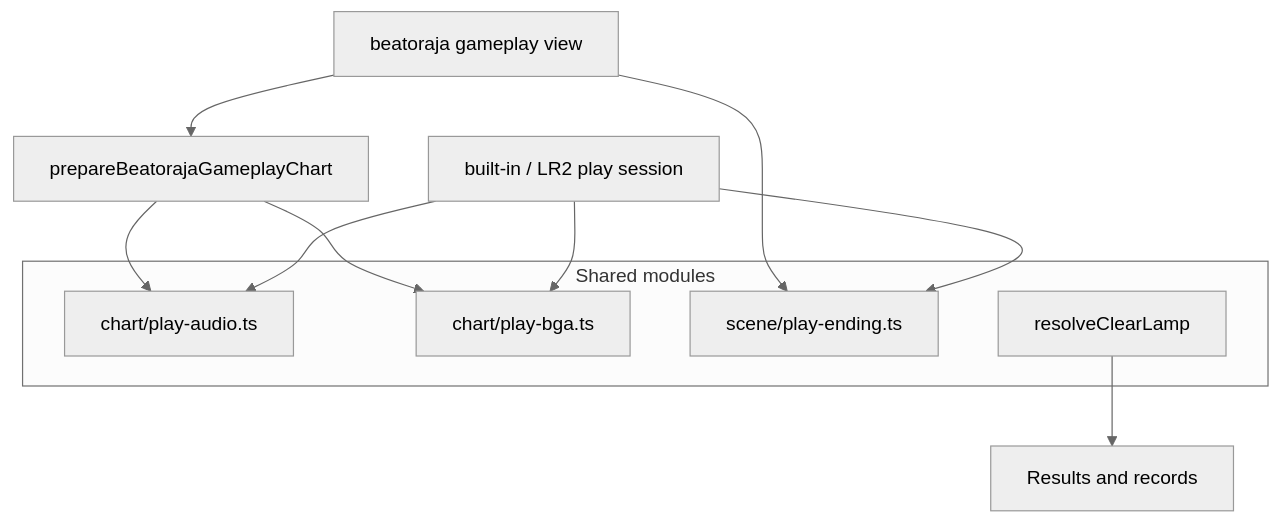
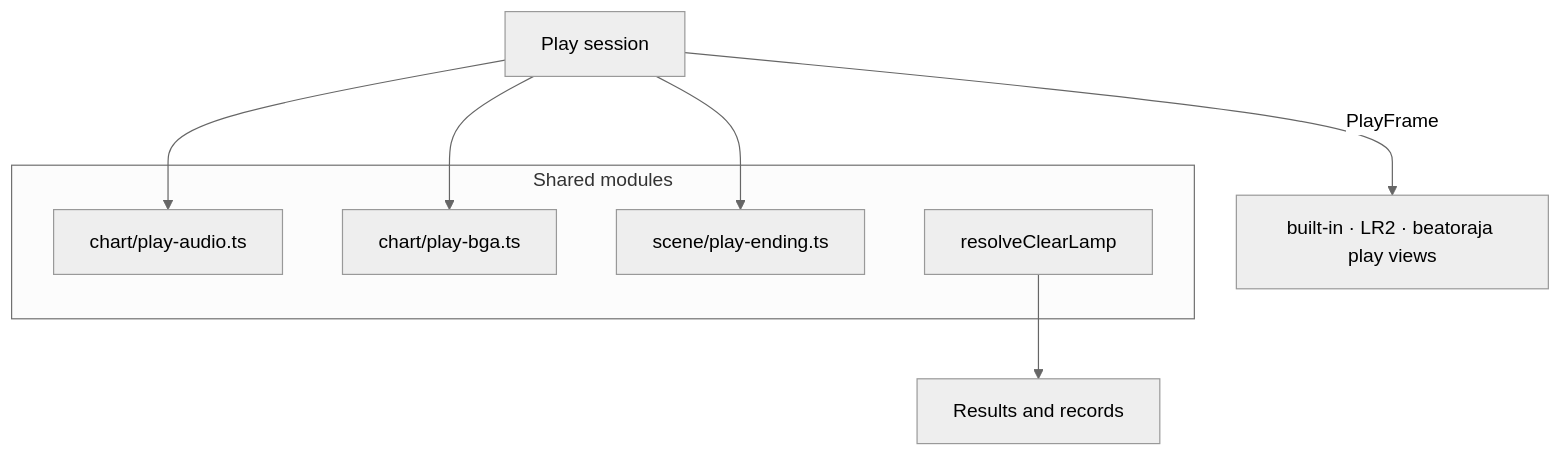
Before and after one commit to nulltask/be-music: the fifth of 11 diagrams in docs/player-web.md, drawn with Mermaid (neutral theme). The commit also changed other lines of this file and 10 other files, not shown here.

First line of the commit message:
docs: describe the beatoraja play view on createPlayScene, and add PL8 to the P4 migration [ci skip]

````diff
--- a/docs/player-web.md
+++ b/docs/player-web.md
@@ -325,17 +325,15 @@
 ```mermaid
 flowchart TD
+  views["built-in · LR2 · beatoraja play views"]
+  session[Play session] -->|PlayFrame| views
   subgraph shared [Shared modules]
     audio[chart/play-audio.ts]
     bga[chart/play-bga.ts]
     ending[scene/play-ending.ts]
     lamp[resolveClearLamp]
   end
-  core[built-in / LR2 play session] --> audio
-  core --> bga
-  core --> ending
-  prep[prepareBeatorajaGameplayChart] --> audio
-  prep --> bga
-  bview[beatoraja gameplay view] --> ending
-  bview --> prep
+  session --> audio
+  session --> bga
+  session --> ending
   lamp --> results[Results and records]
 ```
````
